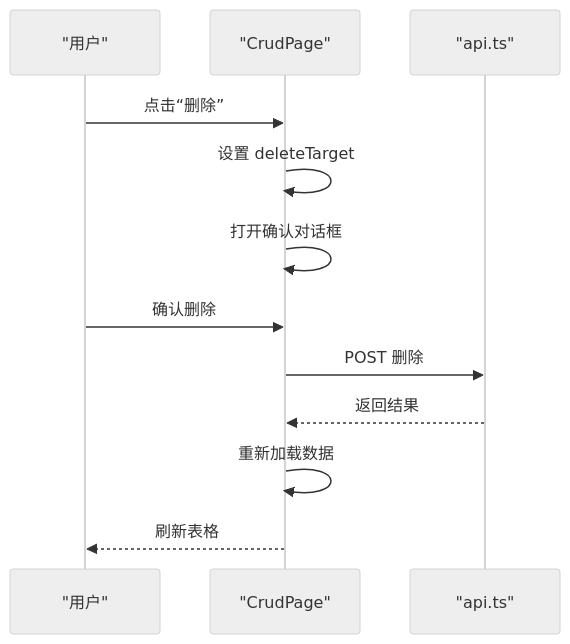
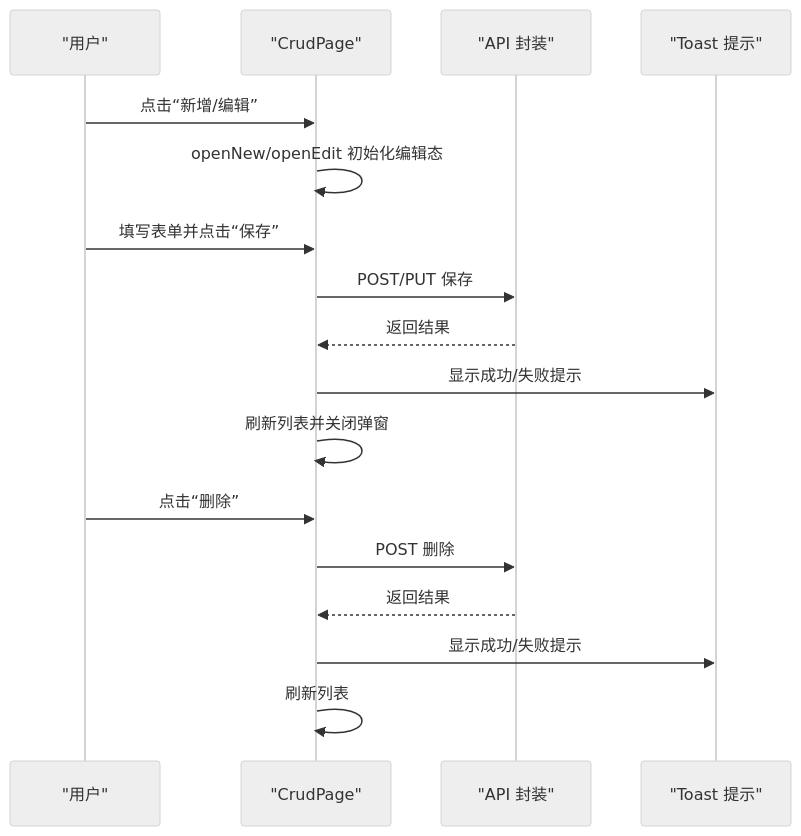
The fifth of 6 diagrams in docs/前端管理界面/组件设计模式/CRUD 页面组件.md (x01n/My-OpenWaf), drawn with Mermaid (neutral theme) before and after one commit. The commit also changed other lines of this file and 199 other files, not shown here.

````diff
--- a/docs/前端管理界面/组件设计模式/CRUD 页面组件.md
+++ b/docs/前端管理界面/组件设计模式/CRUD 页面组件.md
@@ -271,14 +224,19 @@
 ```mermaid
 sequenceDiagram
 participant U as "用户"
 participant CP as "CrudPage"
-participant API as "api.ts"
+participant API as "API 封装"
+participant Toast as "Toast 提示"
+U->>CP : 点击“新增/编辑”
+CP->>CP : openNew/openEdit 初始化编辑态
+U->>CP : 填写表单并点击“保存”
+CP->>API : POST/PUT 保存
+API-->>CP : 返回结果
+CP->>Toast : 显示成功/失败提示
+CP->>CP : 刷新列表并关闭弹窗
 U->>CP : 点击“删除”
-CP->>CP : 设置 deleteTarget
-CP->>CP : 打开确认对话框
-U->>CP : 确认删除
 CP->>API : POST 删除
 API-->>CP : 返回结果
-CP->>CP : 重新加载数据
-CP-->>U : 刷新表格
+CP->>Toast : 显示成功/失败提示
+CP->>CP : 刷新列表
 ```
````
